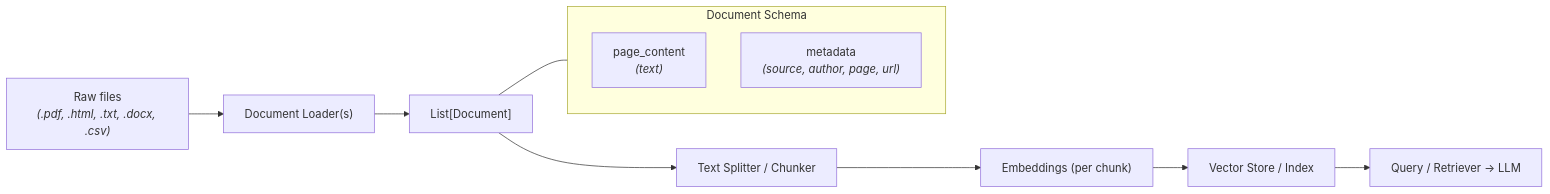
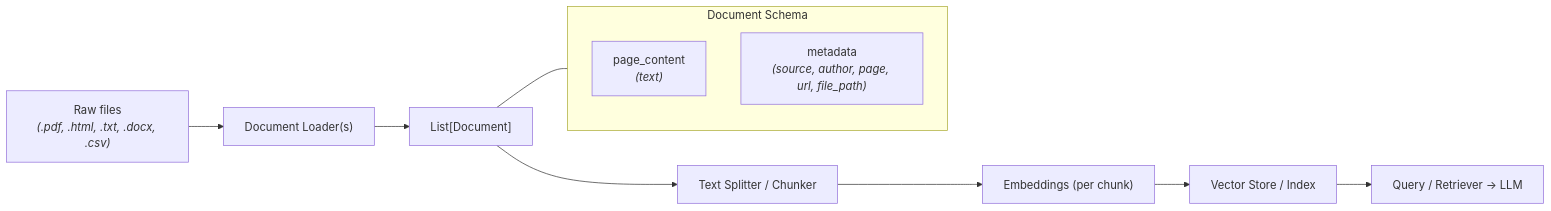
Before and after one commit to GreninjaCd/lang-course: the first of 5 diagrams in know/knowledge.md, drawn with Mermaid. The commit also changed other lines of this file and 2 other files, not shown here.

````diff
--- a/know/knowledge.md
+++ b/know/knowledge.md
@@ -9,15 +9,15 @@
 ```mermaid
 flowchart LR
     A["Raw files<br><i>(.pdf, .html, .txt, .docx, .csv)</i>"] --> B["Document Loader(s)"]
     B --> C["List[Document]"]
     C --> D["Text Splitter / Chunker"]
     D --> E["Embeddings (per chunk)"]
     E --> F["Vector Store / Index"]
     F --> G["Query / Retriever -> LLM"]
 
     subgraph Schema ["Document Schema"]
         H["page_content<br><i>(text)</i>"]
-        I["metadata<br><i>(source, author, page, url)</i>"]
+        I["metadata<br><i>(source, author, page, url, file_path)</i>"]
     end
     C --- Schema
 ```
````
